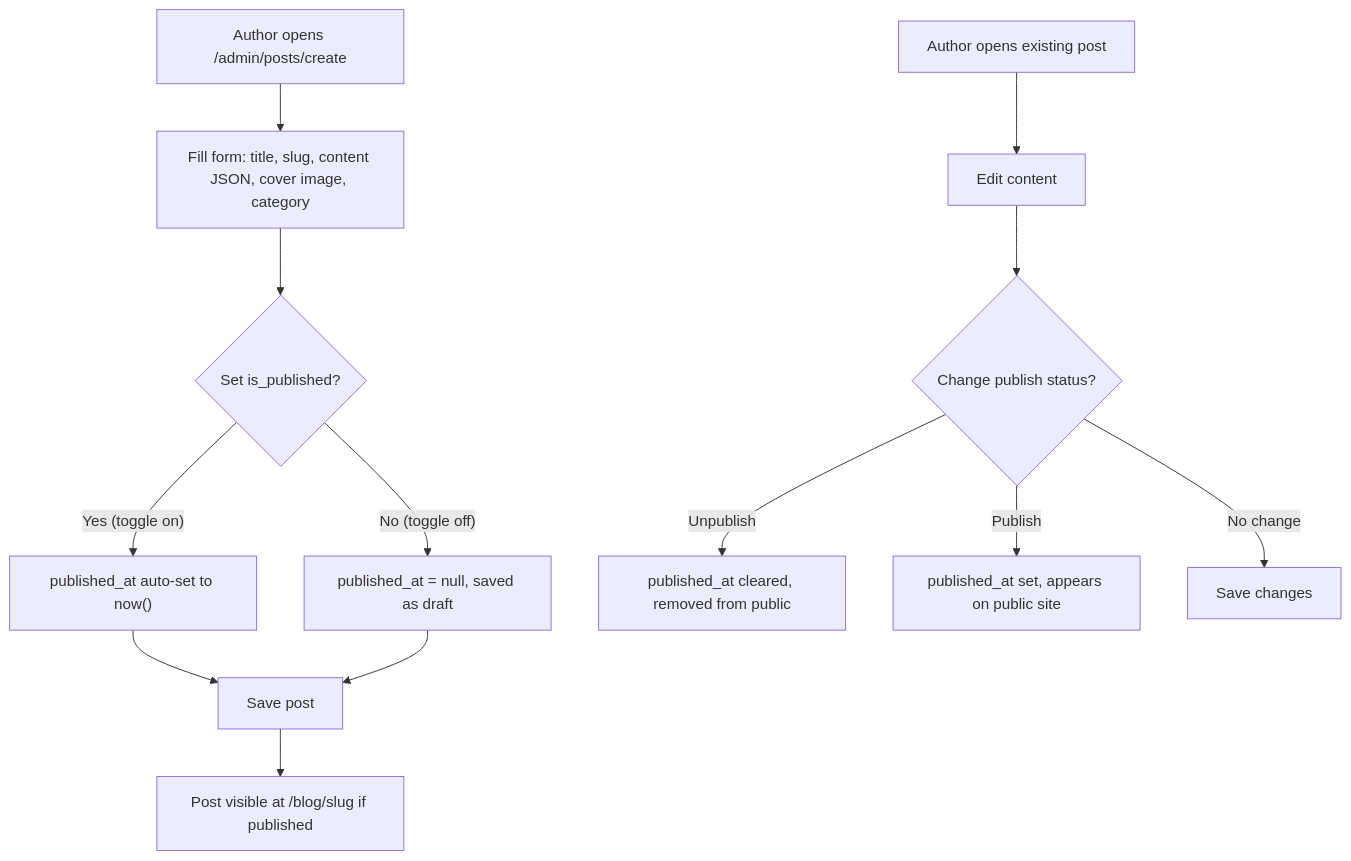
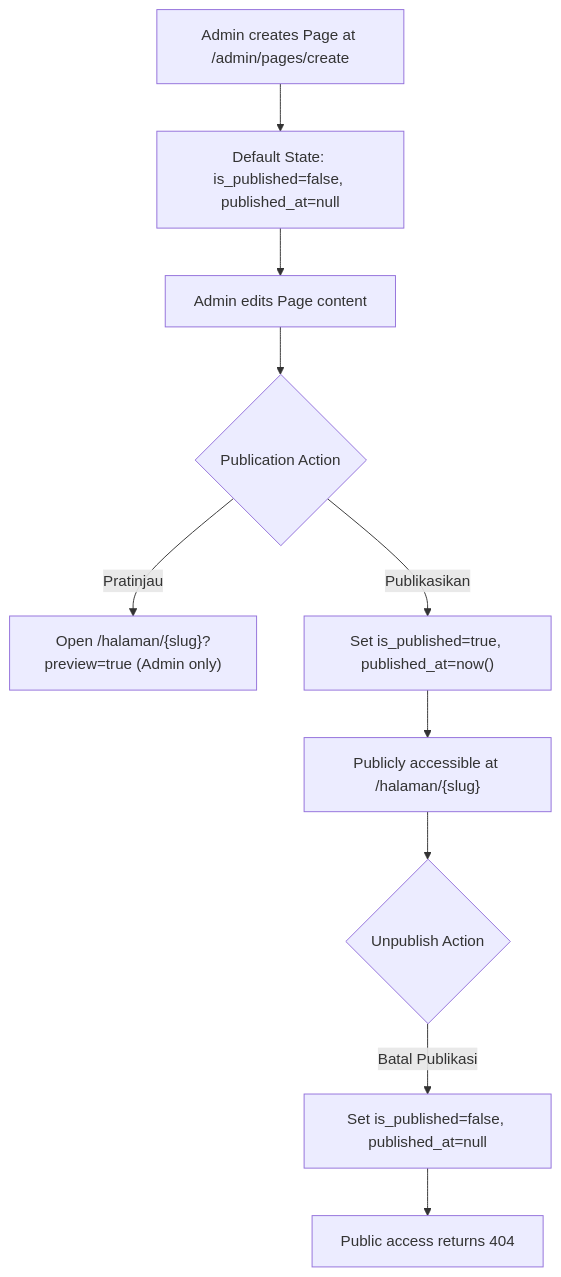
Before and after one commit to Madeena-software/madeena-company-profile: the third of 5 diagrams in docs/PRD.md, drawn with Mermaid. The commit also changed other lines of this file and 3 other files, not shown here.

````diff
--- a/docs/PRD.md
+++ b/docs/PRD.md
@@ -246,16 +238,14 @@
 ```mermaid
 flowchart TD
-    A["Author opens /admin/posts/create"] --> B["Fill form: title, slug, content JSON, cover image, category"]
-    B --> C{"Set is_published?"}
-    C -- "Yes (toggle on)" --> D["published_at auto-set to now()"]
-    C -- "No (toggle off)" --> E["published_at = null, saved as draft"]
-    D --> F["Save post"]
-    E --> F
-    F --> G["Post visible at /blog/slug if published"]
-    
-    I["Author opens existing post"] --> J["Edit content"]
-    J --> K{"Change publish status?"}
-    K -- "Unpublish" --> L["published_at cleared, removed from public"]
-    K -- "Publish" --> M["published_at set, appears on public site"]
-    K -- "No change" --> N["Save changes"]
+    A["Admin creates Page at /admin/pages/create"] --> B["Default State: is_published=false, published_at=null"]
+    B --> C["Admin edits Page content"]
+
+    C --> D{"Publication Action"}
+    D -- "Pratinjau" --> E["Open /halaman/{slug}?preview=true (Admin only)"]
+    D -- "Publikasikan" --> F["Set is_published=true, published_at=now()"]
+    F --> G["Publicly accessible at /halaman/{slug}"]
+
+    G --> H{"Unpublish Action"}
+    H -- "Batal Publikasi" --> I["Set is_published=false, published_at=null"]
+    I --> J["Public access returns 404"]
 ```
````
